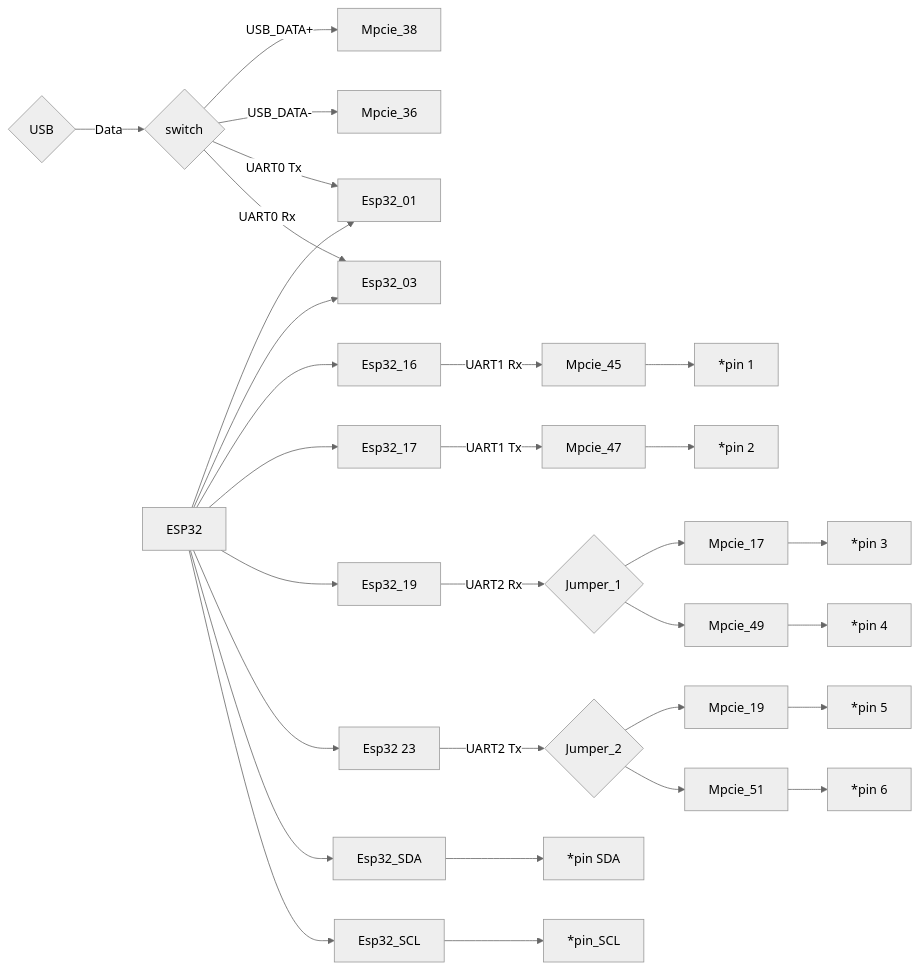
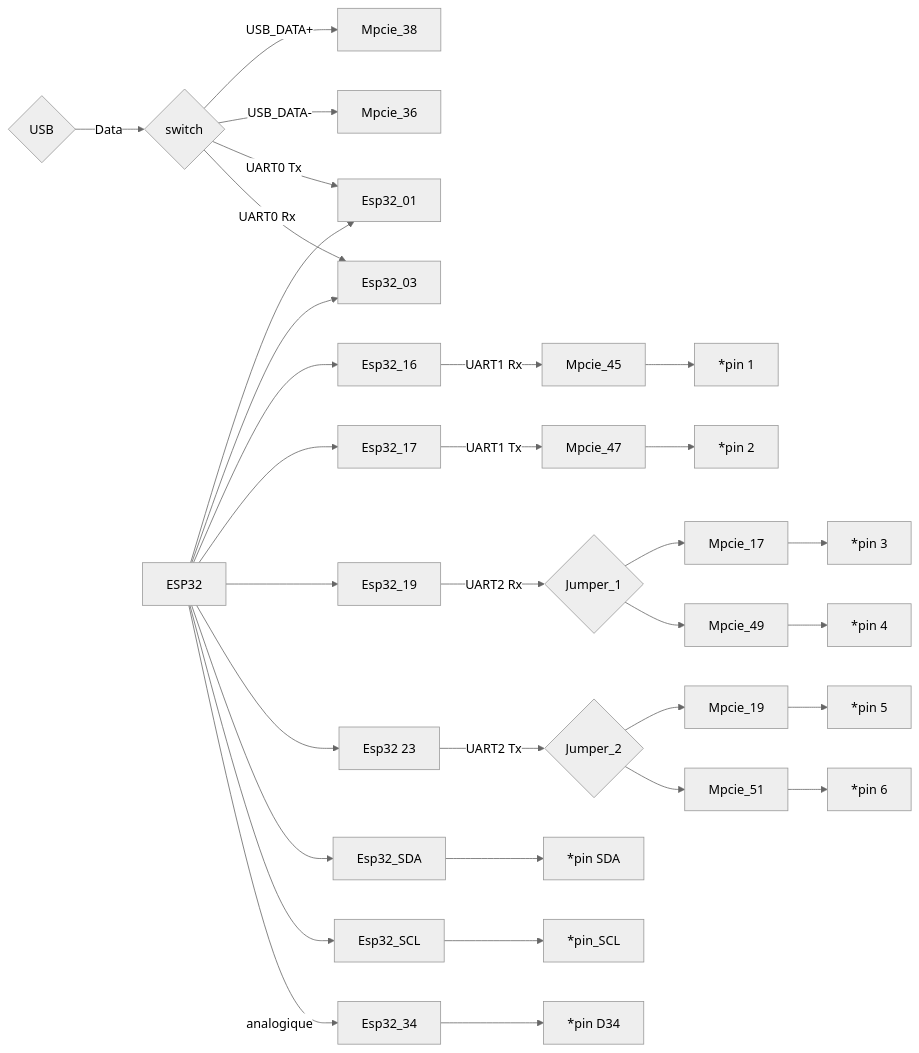
The first of 2 diagrams in v6/draft.md (jancelin/RoverGNSS_RTK_BT_esp32_f9p), drawn with Mermaid (neutral theme) before and after one commit.

````diff
--- a/v6/draft.md
+++ b/v6/draft.md
@@ -182,32 +182,34 @@
 ```mermaid
 flowchart LR
     03[Esp32_16] -->|UART1 Rx| 23[Mpcie_45]
     23 --> 41[*pin 1]
     04[Esp32_17] -->|UART1 Tx| 24[Mpcie_47]
     24 --> 42[*pin 2]
     05[Esp32_19] -->|UART2 Rx| 60{Jumper_1}
     60 --> 25[Mpcie_17]
     60 --> 26[Mpcie_49]
     25 --> 43[*pin 3]
     26 --> 44[*pin 4]
     06[Esp32 23] -->|UART2 Tx| 62{Jumper_2}
     62 --> 27[Mpcie_19]
     62 --> 28[Mpcie_51]
     27 --> 45[*pin 5]
     28 --> 46[*pin 6]
     07[Esp32_SDA] --> 47[*pin SDA]
     08[Esp32_SCL] --> 48[*pin_SCL]
     80{USB} -->|Data| 81{switch}
     81 -->|USB_DATA+| 22[Mpcie_38]
     81 -->|USB_DATA-| 21[Mpcie_36]
     81 -->|UART0 Tx| 01[Esp32_01]
     81 -->|UART0 Rx| 02[Esp32_03]
     100[ESP32] --> 01
     100 --> 02
     100 --> 03
     100 --> 04
     100 --> 05
     100 --> 06
     100 --> 07
     100 --> 08
+    100 -->|analogique| 30[Esp32_34]
+    30 --> 49[*pin D34]
 ```
````
